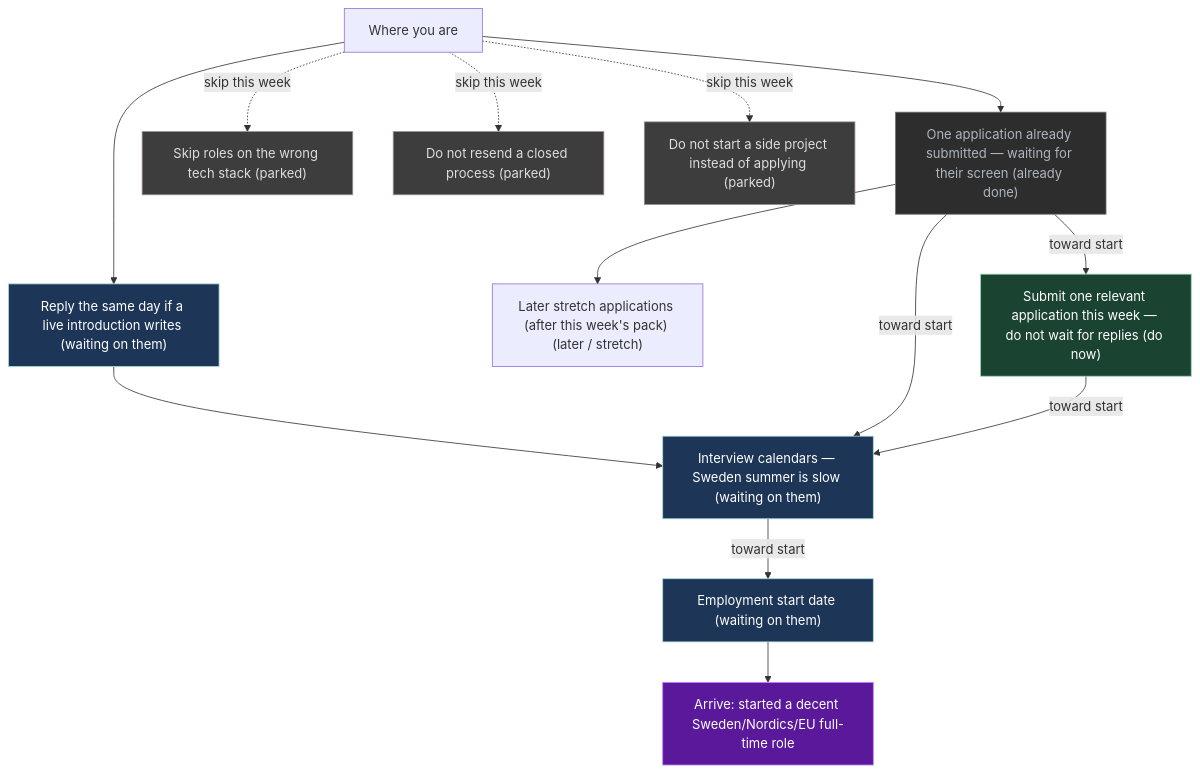
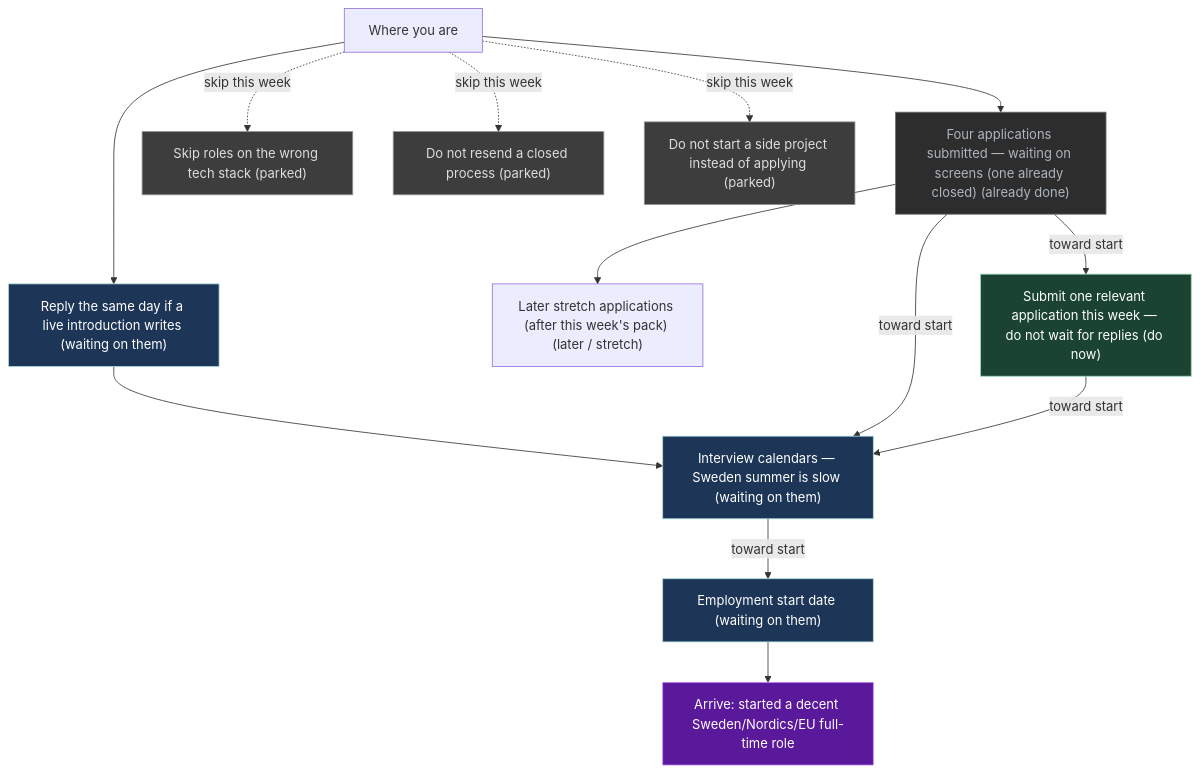
The diagram in UI/Mission.md (p10ns11y/life-os), drawn with Mermaid before and after one commit. The commit also changed other lines of this file and 1 other file, not shown here.

First line of the commit message:
docs(ui): four applications submitted; link local detailed Mission

````diff
--- a/UI/Mission.md
+++ b/UI/Mission.md
@@ -55,36 +56,36 @@
 ```mermaid
 flowchart TB
   x["Where you are"]
   G["Arrive: started a decent Sweden/Nordics/EU full-time role"]
   S0["Reply the same day if a live introduction writes (waiting on them)"]
-  S1["One application already submitted — waiting for their screen (already done)"]
+  S1["Four applications submitted — waiting on screens (one already closed) (already done)"]
   S2["Later stretch applications (after this week's pack) (later / stretch)"]
   S3["Submit one relevant application this week — do not wait for replies (do now)"]
   S4["Interview calendars — Sweden summer is slow (waiting on them)"]
   S5["Employment start date (waiting on them)"]
   P1["Skip roles on the wrong tech stack (parked)"]
   P2["Do not resend a closed process (parked)"]
   P3["Do not start a side project instead of applying (parked)"]
   x --> S0
   x --> S1
   S1 --> S2
   S1 -->|"toward start"| S3
   S0 --> S4
   S1 -->|"toward start"| S4
   S3 -->|"toward start"| S4
   S4 -->|"toward start"| S5
   x -.->|"skip this week"| P1
   x -.->|"skip this week"| P2
   x -.->|"skip this week"| P3
   S5 --> G
   classDef do fill:#1b4332,stroke:#95d5b2,color:#fff
   classDef wait fill:#1d3557,stroke:#a8dadc,color:#fff
   classDef park fill:#3d3d3d,stroke:#9a8c98,color:#ddd
   classDef done fill:#2d2d2d,stroke:#6c757d,color:#adb5bd
   classDef goal fill:#5a189a,stroke:#c77dff,color:#fff
   class G goal
   class S3 do
   class S0,S4,S5 wait
   class P1,P2,P3 park
   class S1 done
 ```
````
